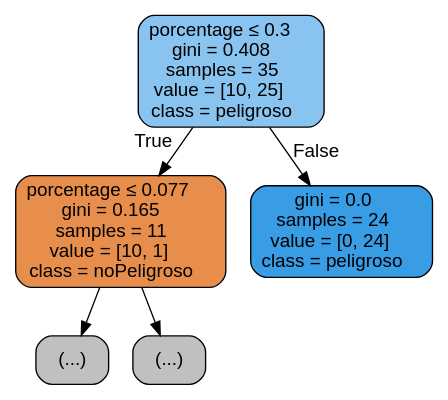
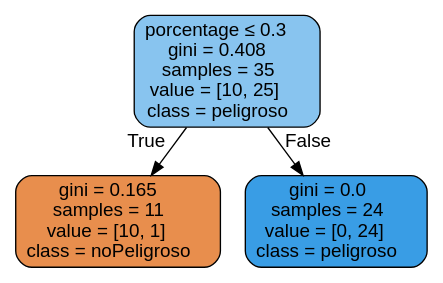
One commit to ByBraTaS/Practica2SI changed the diagram in ejr5/test.gv. Above: the diagram before and after it, drawn with Graphviz. The commit also changed 4 other files, not shown here.

```diff
--- a/ejr5/test.gv
+++ b/ejr5/test.gv
@@ -1,13 +1,9 @@
 digraph Tree {
 node [shape=box, style="filled, rounded", color="black", fontname="helvetica"] ;
 edge [fontname="helvetica"] ;
 0 [label=<porcentage &le; 0.3<br/>gini = 0.408<br/>samples = 35<br/>value = [10, 25]<br/>class = peligroso>, fillcolor="#88c4ef"] ;
-1 [label=<porcentage &le; 0.077<br/>gini = 0.165<br/>samples = 11<br/>value = [10, 1]<br/>class = noPeligroso>, fillcolor="#e88e4d"] ;
+1 [label=<gini = 0.165<br/>samples = 11<br/>value = [10, 1]<br/>class = noPeligroso>, fillcolor="#e88e4d"] ;
 0 -> 1 [labeldistance=2.5, labelangle=45, headlabel="True"] ;
-2 [label="(...)", fillcolor="#C0C0C0"] ;
-1 -> 2 ;
-3 [label="(...)", fillcolor="#C0C0C0"] ;
-1 -> 3 ;
-4 [label=<gini = 0.0<br/>samples = 24<br/>value = [0, 24]<br/>class = peligroso>, fillcolor="#399de5"] ;
-0 -> 4 [labeldistance=2.5, labelangle=-45, headlabel="False"] ;
+2 [label=<gini = 0.0<br/>samples = 24<br/>value = [0, 24]<br/>class = peligroso>, fillcolor="#399de5"] ;
+0 -> 2 [labeldistance=2.5, labelangle=-45, headlabel="False"] ;
 }
```
